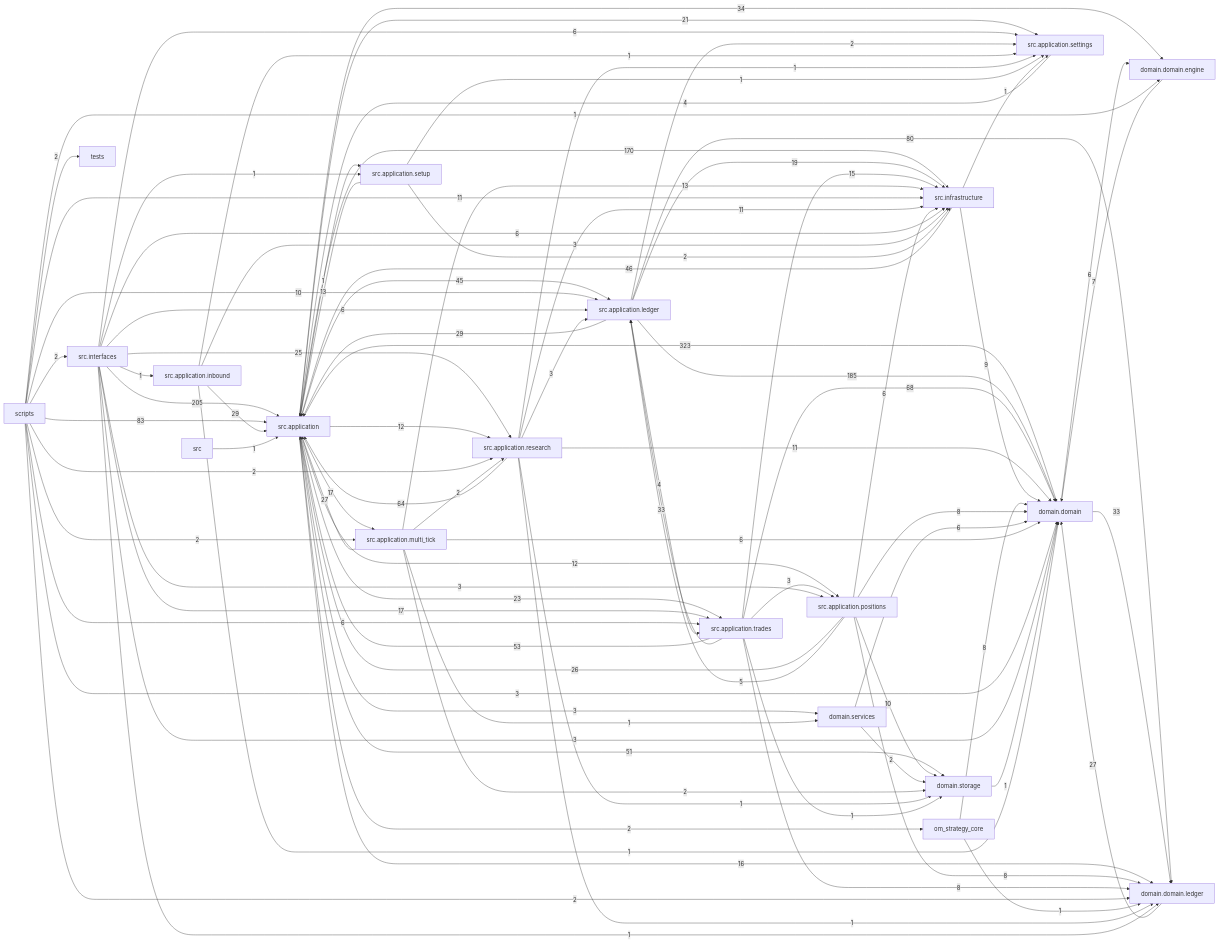
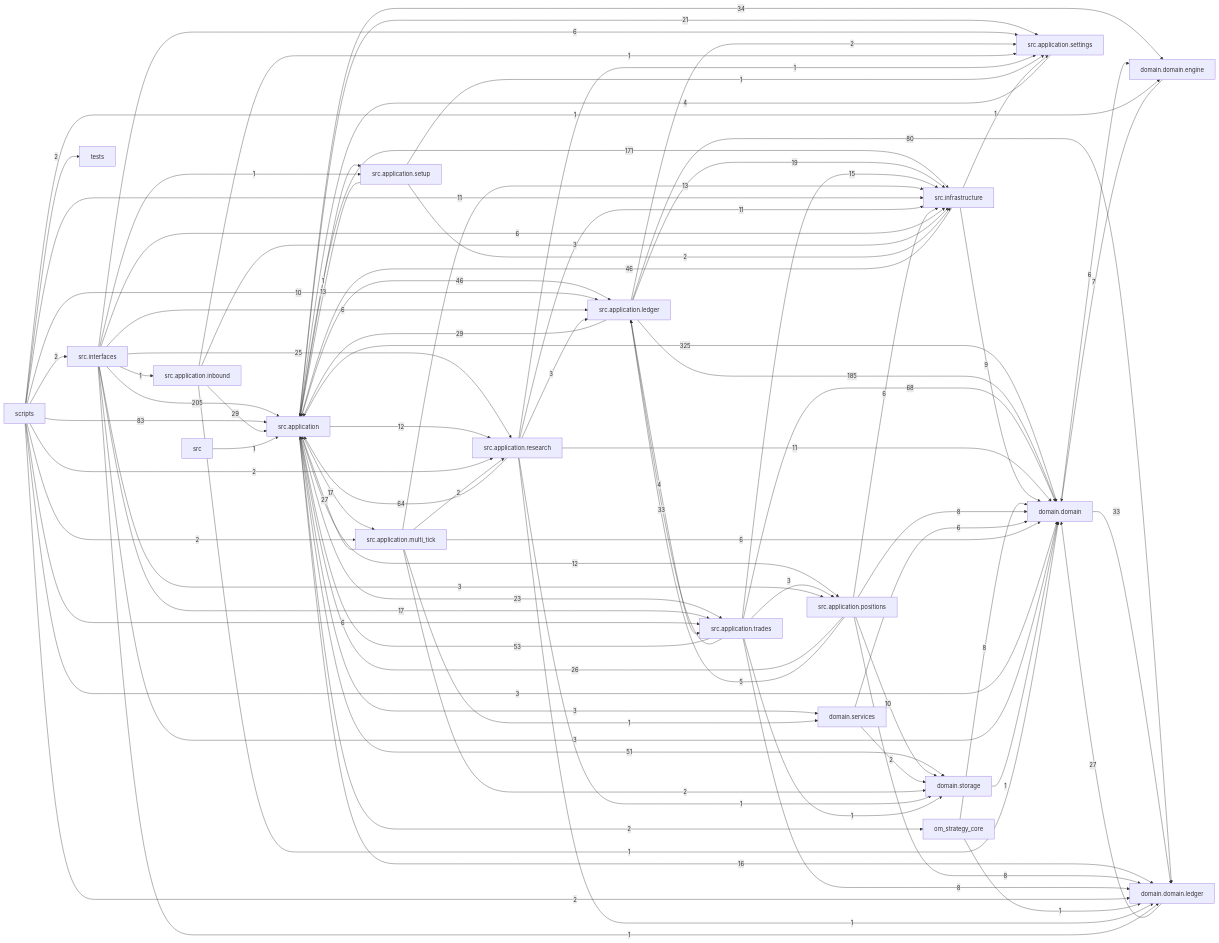
Before and after one commit to liuxie066/options-monitor: the diagram in docs/dependency_graph.mmd, drawn with Mermaid. The commit also changed 16 other files, not shown here.

```diff
--- a/docs/dependency_graph.mmd
+++ b/docs/dependency_graph.mmd
@@ -1,90 +1,90 @@
 flowchart LR
-  src_application["src.application"] -->|323| domain_domain["domain.domain"]
+  src_application["src.application"] -->|325| domain_domain["domain.domain"]
   src_interfaces["src.interfaces"] -->|205| src_application["src.application"]
   src_application_ledger["src.application.ledger"] -->|185| domain_domain["domain.domain"]
-  src_application["src.application"] -->|170| src_infrastructure["src.infrastructure"]
+  src_application["src.application"] -->|171| src_infrastructure["src.infrastructure"]
   scripts["scripts"] -->|83| src_application["src.application"]
   src_application_ledger["src.application.ledger"] -->|80| domain_domain_ledger["domain.domain.ledger"]
   src_application_trades["src.application.trades"] -->|68| domain_domain["domain.domain"]
   src_application_research["src.application.research"] -->|64| src_application["src.application"]
   src_application_trades["src.application.trades"] -->|53| src_application["src.application"]
   src_application["src.application"] -->|51| domain_storage["domain.storage"]
+  src_application["src.application"] -->|46| src_application_ledger["src.application.ledger"]
   src_infrastructure["src.infrastructure"] -->|46| src_application["src.application"]
-  src_application["src.application"] -->|45| src_application_ledger["src.application.ledger"]
   src_application["src.application"] -->|34| domain_domain_engine["domain.domain.engine"]
   domain_domain["domain.domain"] -->|33| domain_domain_ledger["domain.domain.ledger"]
   src_application_trades["src.application.trades"] -->|33| src_application_ledger["src.application.ledger"]
   src_application_inbound["src.application.inbound"] -->|29| src_application["src.application"]
   src_application_ledger["src.application.ledger"] -->|29| src_application["src.application"]
   domain_domain_ledger["domain.domain.ledger"] -->|27| domain_domain["domain.domain"]
   src_application_multi_tick["src.application.multi_tick"] -->|27| src_application["src.application"]
   src_application_positions["src.application.positions"] -->|26| src_application["src.application"]
   src_interfaces["src.interfaces"] -->|25| src_application_research["src.application.research"]
   src_application["src.application"] -->|23| src_application_trades["src.application.trades"]
   src_application["src.application"] -->|21| src_application_settings["src.application.settings"]
   src_application_ledger["src.application.ledger"] -->|19| src_infrastructure["src.infrastructure"]
   src_application["src.application"] -->|17| src_application_multi_tick["src.application.multi_tick"]
   src_interfaces["src.interfaces"] -->|17| src_application_trades["src.application.trades"]
   src_application["src.application"] -->|16| domain_domain_ledger["domain.domain.ledger"]
   src_application_trades["src.application.trades"] -->|15| src_infrastructure["src.infrastructure"]
   src_application_multi_tick["src.application.multi_tick"] -->|13| src_infrastructure["src.infrastructure"]
   src_application_setup["src.application.setup"] -->|13| src_application["src.application"]
   src_application["src.application"] -->|12| src_application_positions["src.application.positions"]
   src_application["src.application"] -->|12| src_application_research["src.application.research"]
   scripts["scripts"] -->|11| src_infrastructure["src.infrastructure"]
   src_application_research["src.application.research"] -->|11| domain_domain["domain.domain"]
   src_application_research["src.application.research"] -->|11| src_infrastructure["src.infrastructure"]
   scripts["scripts"] -->|10| src_application_ledger["src.application.ledger"]
   src_application_positions["src.application.positions"] -->|10| domain_storage["domain.storage"]
   src_infrastructure["src.infrastructure"] -->|9| domain_domain["domain.domain"]
   om_strategy_core["om_strategy_core"] -->|8| domain_domain["domain.domain"]
   src_application_positions["src.application.positions"] -->|8| domain_domain["domain.domain"]
   src_application_positions["src.application.positions"] -->|8| domain_domain_ledger["domain.domain.ledger"]
   src_application_trades["src.application.trades"] -->|8| domain_domain_ledger["domain.domain.ledger"]
   domain_domain_engine["domain.domain.engine"] -->|7| domain_domain["domain.domain"]
   domain_domain["domain.domain"] -->|6| domain_domain_engine["domain.domain.engine"]
   domain_services["domain.services"] -->|6| domain_domain["domain.domain"]
   scripts["scripts"] -->|6| src_application_trades["src.application.trades"]
   src_application_multi_tick["src.application.multi_tick"] -->|6| domain_domain["domain.domain"]
   src_application_positions["src.application.positions"] -->|6| src_infrastructure["src.infrastructure"]
   src_interfaces["src.interfaces"] -->|6| src_application_ledger["src.application.ledger"]
   src_interfaces["src.interfaces"] -->|6| src_application_settings["src.application.settings"]
   src_interfaces["src.interfaces"] -->|6| src_infrastructure["src.infrastructure"]
   src_application_positions["src.application.positions"] -->|5| src_application_ledger["src.application.ledger"]
   src_application_ledger["src.application.ledger"] -->|4| src_application_trades["src.application.trades"]
   src_application_settings["src.application.settings"] -->|4| src_application["src.application"]
   scripts["scripts"] -->|3| domain_domain["domain.domain"]
   src_application["src.application"] -->|3| domain_services["domain.services"]
   src_application_inbound["src.application.inbound"] -->|3| src_infrastructure["src.infrastructure"]
   src_application_research["src.application.research"] -->|3| src_application_ledger["src.application.ledger"]
   src_application_trades["src.application.trades"] -->|3| src_application_positions["src.application.positions"]
   src_interfaces["src.interfaces"] -->|3| domain_domain["domain.domain"]
   src_interfaces["src.interfaces"] -->|3| src_application_positions["src.application.positions"]
   domain_services["domain.services"] -->|2| domain_storage["domain.storage"]
   scripts["scripts"] -->|2| domain_domain_ledger["domain.domain.ledger"]
   scripts["scripts"] -->|2| src_application_multi_tick["src.application.multi_tick"]
   scripts["scripts"] -->|2| src_application_research["src.application.research"]
   scripts["scripts"] -->|2| src_interfaces["src.interfaces"]
   scripts["scripts"] -->|2| tests["tests"]
   src_application["src.application"] -->|2| om_strategy_core["om_strategy_core"]
   src_application_ledger["src.application.ledger"] -->|2| src_application_settings["src.application.settings"]
   src_application_multi_tick["src.application.multi_tick"] -->|2| domain_storage["domain.storage"]
   src_application_multi_tick["src.application.multi_tick"] -->|2| src_application_research["src.application.research"]
   src_application_setup["src.application.setup"] -->|2| src_infrastructure["src.infrastructure"]
   domain_storage["domain.storage"] -->|1| domain_domain["domain.domain"]
   om_strategy_core["om_strategy_core"] -->|1| domain_domain_ledger["domain.domain.ledger"]
   scripts["scripts"] -->|1| domain_domain_engine["domain.domain.engine"]
   src["src"] -->|1| src_application["src.application"]
   src_application["src.application"] -->|1| src_application_setup["src.application.setup"]
   src_application_inbound["src.application.inbound"] -->|1| domain_domain["domain.domain"]
   src_application_inbound["src.application.inbound"] -->|1| src_application_settings["src.application.settings"]
   src_application_multi_tick["src.application.multi_tick"] -->|1| domain_services["domain.services"]
   src_application_research["src.application.research"] -->|1| domain_domain_ledger["domain.domain.ledger"]
   src_application_research["src.application.research"] -->|1| domain_storage["domain.storage"]
   src_application_research["src.application.research"] -->|1| src_application_settings["src.application.settings"]
   src_application_setup["src.application.setup"] -->|1| src_application_settings["src.application.settings"]
   src_application_trades["src.application.trades"] -->|1| domain_storage["domain.storage"]
   src_infrastructure["src.infrastructure"] -->|1| src_application_settings["src.application.settings"]
   src_interfaces["src.interfaces"] -->|1| domain_domain_ledger["domain.domain.ledger"]
   src_interfaces["src.interfaces"] -->|1| src_application_inbound["src.application.inbound"]
   src_interfaces["src.interfaces"] -->|1| src_application_setup["src.application.setup"]
```
